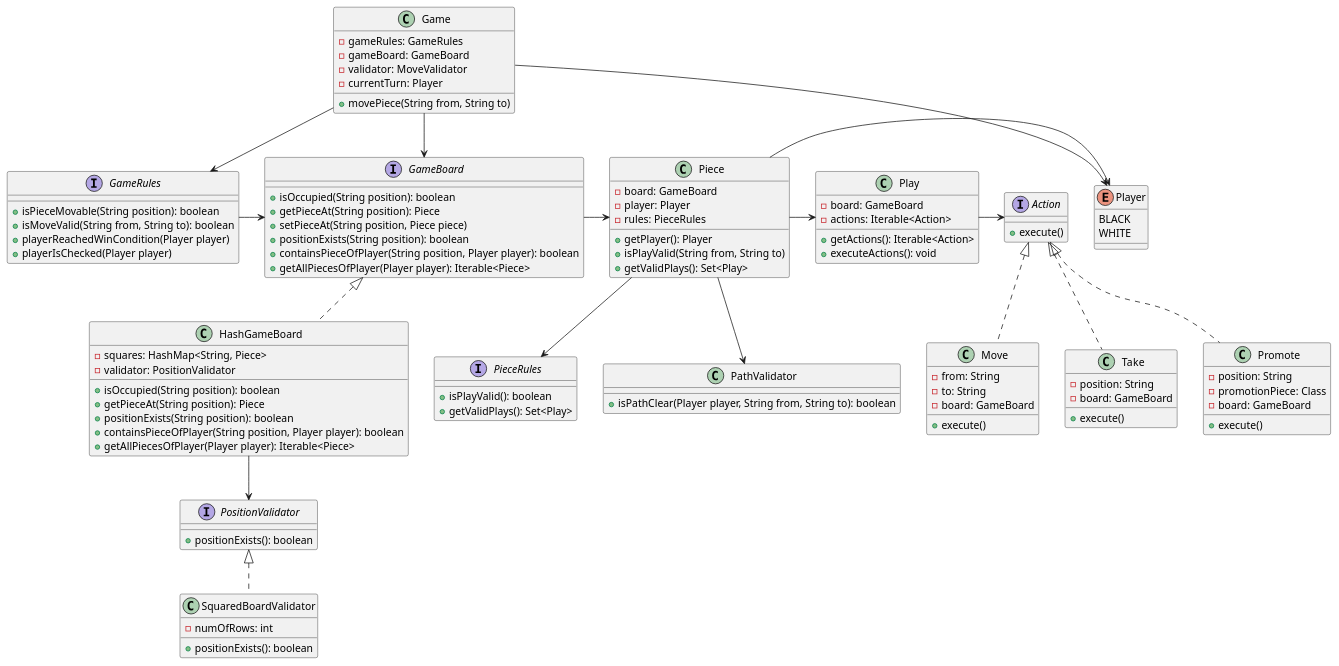
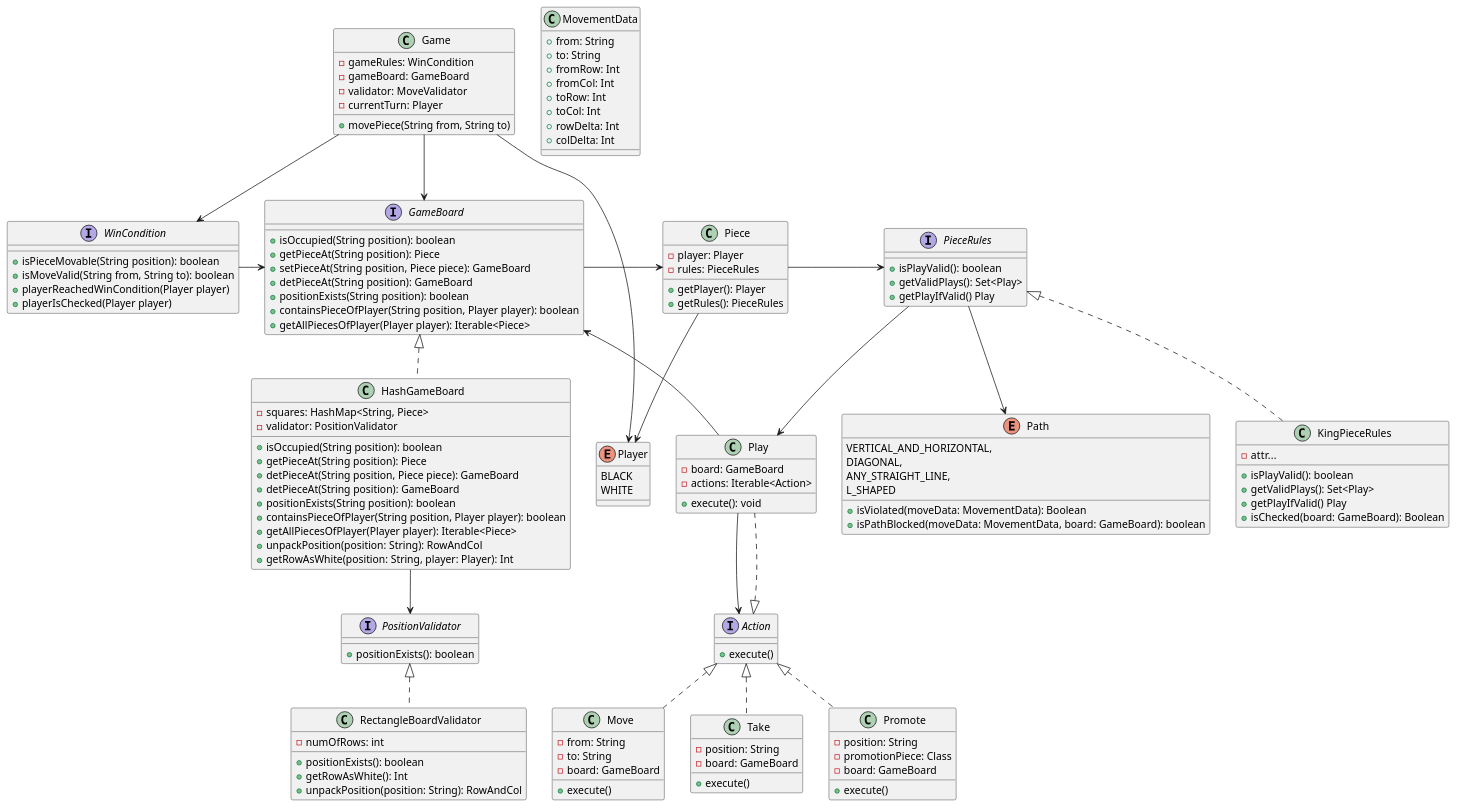
One commit to TomRolB/chess-framework changed the diagram in diagrams/Chess.puml. Above: the diagram before and after it, drawn with PlantUML.

Commit message:
Updated class diagram

```diff
--- a/diagrams/Chess.puml
+++ b/diagrams/Chess.puml
@@ -12,7 +12,7 @@
 }
 
 class Game {
-    - gameRules: GameRules
+    - gameRules: WinCondition
     - gameBoard: GameBoard
     - validator: MoveValidator
     - currentTurn: Player
@@ -20,7 +20,7 @@
     + movePiece(String from, String to)
 }
 
-interface GameRules {
+interface WinCondition {
     + isPieceMovable(String position): boolean
     + isMoveValid(String from, String to): boolean
     + playerReachedWinCondition(Player player)
@@ -30,7 +30,8 @@
 interface GameBoard {
     + isOccupied(String position): boolean
     + getPieceAt(String position): Piece
-    + setPieceAt(String position, Piece piece)
+    + setPieceAt(String position, Piece piece): GameBoard
+    + detPieceAt(String position): GameBoard
     + positionExists(String position): boolean
     + containsPieceOfPlayer(String position, Player player): boolean
     + getAllPiecesOfPlayer(Player player): Iterable<Piece>
@@ -47,9 +48,13 @@
     - validator: PositionValidator
     + isOccupied(String position): boolean
     + getPieceAt(String position): Piece
+    + detPieceAt(String position, Piece piece): GameBoard
+    + detPieceAt(String position): GameBoard
     + positionExists(String position): boolean
     + containsPieceOfPlayer(String position, Player player): boolean
     + getAllPiecesOfPlayer(Player player): Iterable<Piece>
+    + unpackPosition(position: String): RowAndCol
+    + getRowAsWhite(position: String, player: Player): Int
 }
 
 interface PositionValidator {
@@ -57,9 +62,11 @@
     + positionExists(): boolean
 }
 
-class SquaredBoardValidator implements PositionValidator {
+class RectangleBoardValidator implements PositionValidator {
     - numOfRows: int
     + positionExists(): boolean
+    + getRowAsWhite(): Int
+    + unpackPosition(position: String): RowAndCol
 }
 
 'class Square {
@@ -103,11 +110,10 @@
 '
 '
 
-class Play {
+class Play implements Action {
     - board: GameBoard
     - actions: Iterable<Action>
-    + getActions(): Iterable<Action>
-    + executeActions(): void
+    + execute(): void
 }
 
 interface Action {
@@ -137,25 +143,46 @@
 }
 
 class Piece {
-    - board: GameBoard
-    ' There would be no consistency-circularity issues with the field above, since it's final
-    ' - ruleset: MoveRuleSet
     - player: Player
     - rules: PieceRules
     + getPlayer(): Player
-'    + rulesAreViolated(): boolean
-    + isPlayValid(String from, String to)
-    + getValidPlays(): Set<Play>
+    + getRules(): PieceRules
 }
 
 interface PieceRules {
     + isPlayValid(): boolean
     + getValidPlays(): Set<Play>
+    + getPlayIfValid() Play
 }
 
-class PathValidator {
-    + isPathClear(Player player, String from, String to): boolean
+class KingPieceRules implements PieceRules {
+    - attr...
+    + isPlayValid(): boolean
+    + getValidPlays(): Set<Play>
+    + getPlayIfValid() Play
+    + isChecked(board: GameBoard): Boolean
+}
+
+enum Path {
+    VERTICAL_AND_HORIZONTAL,
+    DIAGONAL,
+    ANY_STRAIGHT_LINE,
+    L_SHAPED
+
+    + isViolated(moveData: MovementData): Boolean
+    + isPathBlocked(moveData: MovementData, board: GameBoard): boolean
     ' Checks whether something is blocking the path between a piece and a position.
+}
+
+class MovementData {
+    + from: String
+    + to: String
+    + fromRow: Int
+    + fromCol: Int
+    + toRow: Int
+    + toCol: Int
+    + rowDelta: Int
+    + colDelta: Int
 }
 
 'enum StandardPiece {
@@ -188,22 +215,25 @@
 '    move(Square): void
 '}
 
-Game --> GameRules
+Game --> WinCondition
 Game -> GameBoard
-'MoveValidator -> GameRules
+'MoveValidator -> WinCondition
 
-GameRules -> GameBoard
+WinCondition -> GameBoard
 GameBoard -> Piece
 HashGameBoard --> PositionValidator
 'Piece -> MoveRuleSet
 'RuleSet -> Rule
 'Piece -> Rule
-Piece -> Player
-Piece --> PieceRules
-Piece --> PathValidator
+Piece --> Player
+Piece -> PieceRules
+PieceRules --> Path
 Game -> Player
-Piece -> Play
-Play -> Action
+PieceRules -> Play
+Play --> Action
+Play --> GameBoard
+
+
 
 'TODO: The fact that you cannot take your own pieces is a general rule. Check and checkmate are, too; even board-limit rules. Think about which general rules could be represented and how.
 
```
